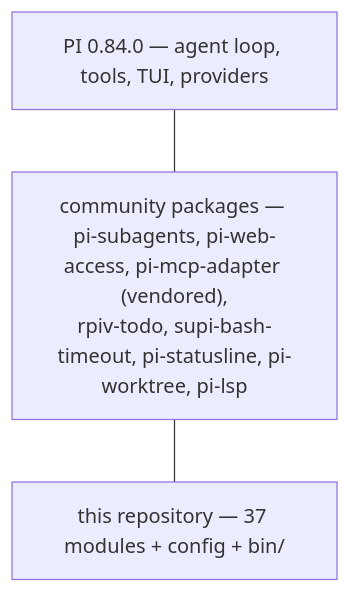
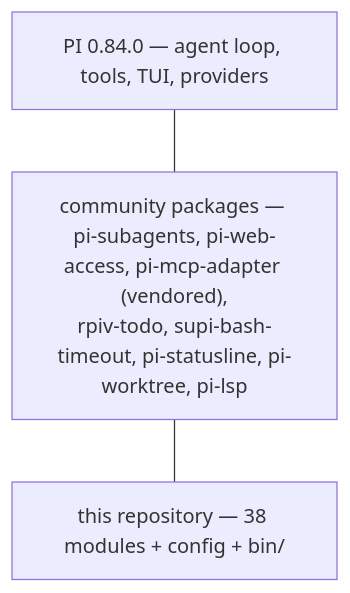
The second of 3 diagrams in docs/concepts/architecture.md (DresvyanskiyDenis/PiON), drawn with Mermaid before and after one commit. The commit also changed other lines of this file and 12 other files, not shown here.

````diff
--- a/docs/concepts/architecture.md
+++ b/docs/concepts/architecture.md
@@ -89,7 +89,7 @@
 ```mermaid
 flowchart TB
     PI["PI 0.84.0 — agent loop, tools, TUI, providers"]
     PKG["community packages — pi-subagents, pi-web-access, pi-mcp-adapter (vendored),<br/>rpiv-todo, supi-bash-timeout, pi-statusline, pi-worktree, pi-lsp"]
-    OURS["this repository — 37 modules + config + bin/"]
+    OURS["this repository — 38 modules + config + bin/"]
     PI --- PKG --- OURS
 ```
````
